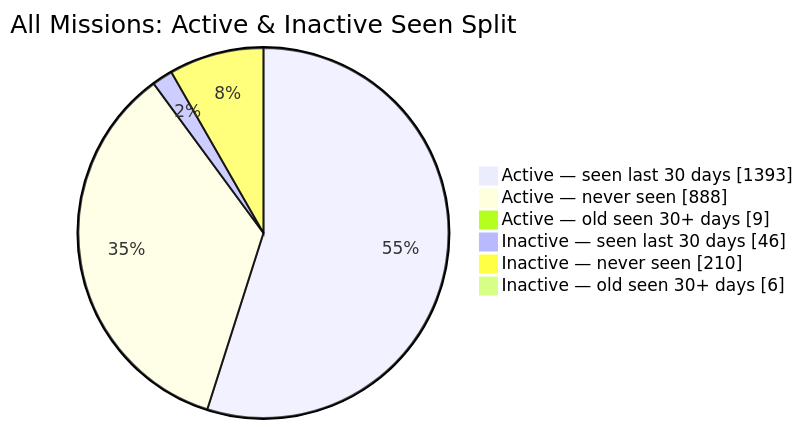
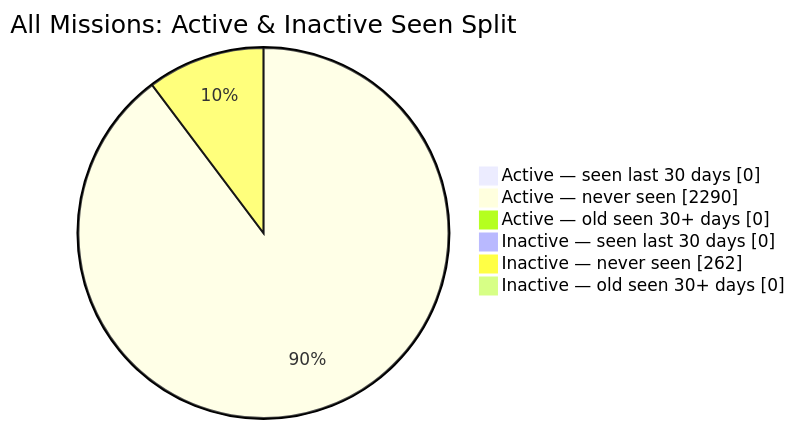
One commit to MeldkamerspelGameTeam/active-missions changed the second of 2 diagrams in README.md. Above: the diagram before and after it, drawn with Mermaid. The commit also changed other lines of this file and 4 other files, not shown here.

````diff
--- a/README.md
+++ b/README.md
@@ -44,10 +44,10 @@
 ```mermaid
 pie showData
     title All Missions: Active & Inactive Seen Split
-    "Active — seen last 30 days" : 1393
-    "Active — never seen" : 888
-    "Active — old seen 30+ days" : 9
-    "Inactive — seen last 30 days" : 46
-    "Inactive — never seen" : 210
-    "Inactive — old seen 30+ days" : 6
+    "Active — seen last 30 days" : 0
+    "Active — never seen" : 2290
+    "Active — old seen 30+ days" : 0
+    "Inactive — seen last 30 days" : 0
+    "Inactive — never seen" : 262
+    "Inactive — old seen 30+ days" : 0
 ```
````
